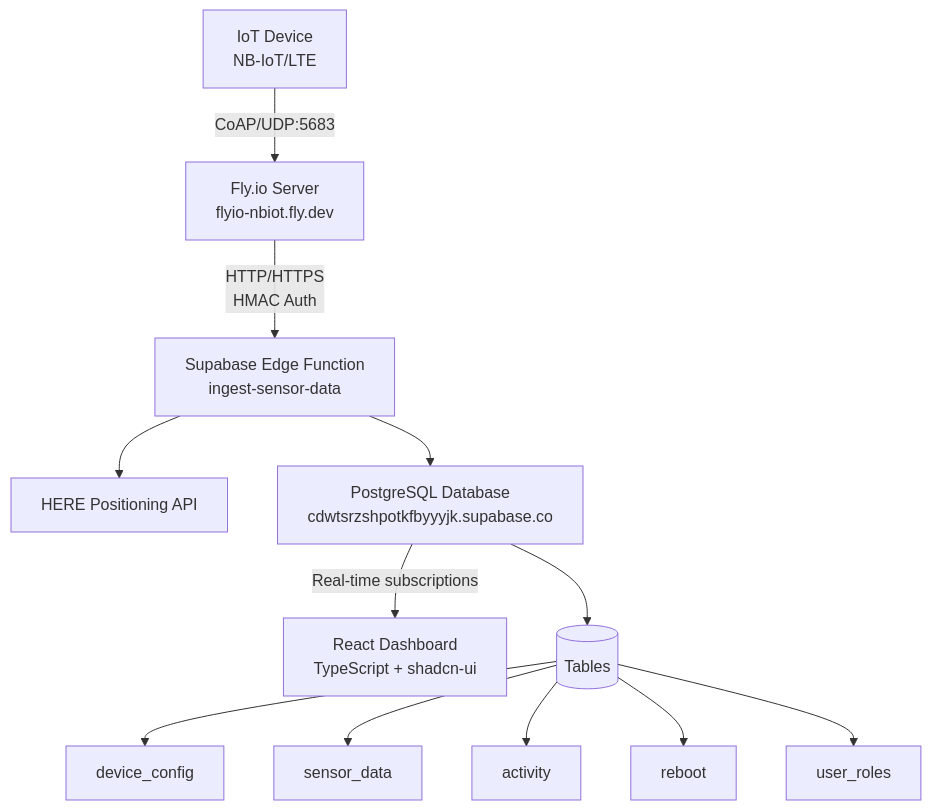
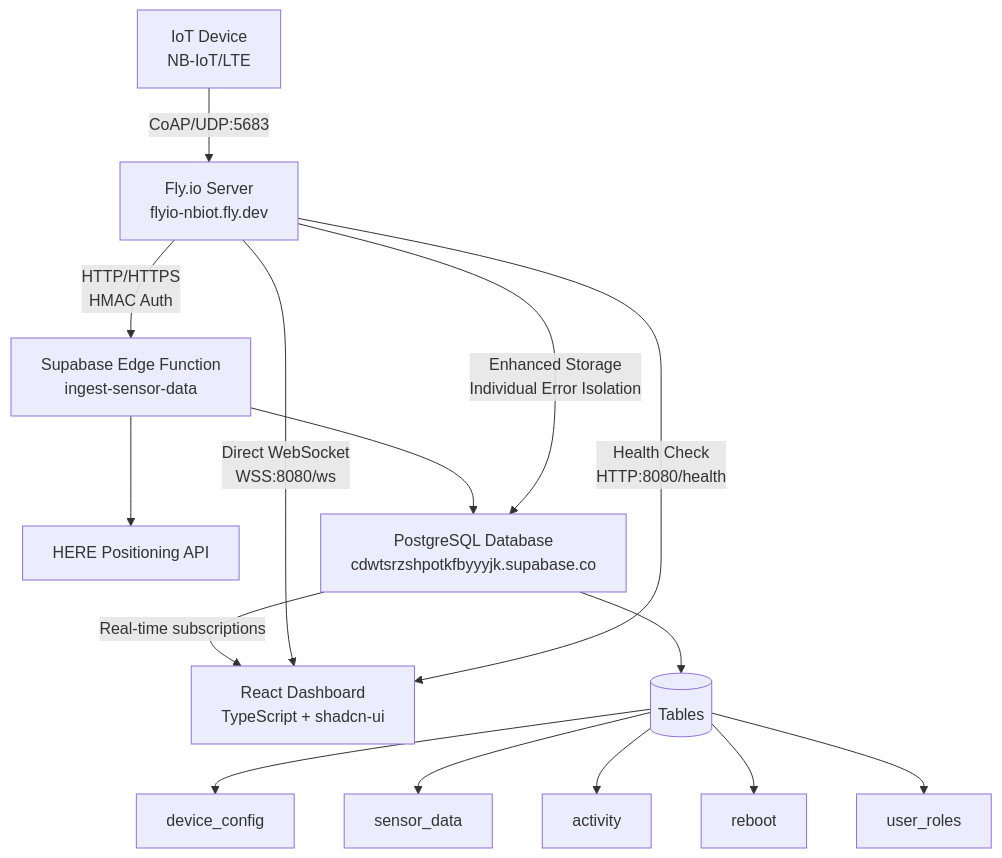
Before and after one commit to promillen/moc-docs: the first of 8 diagrams in pages/architecture/system-overview.mdx, drawn with Mermaid. The commit also changed other lines of this file and 3 other files, not shown here.

````diff
--- a/pages/architecture/system-overview.mdx
+++ b/pages/architecture/system-overview.mdx
@@ -7,16 +7,23 @@
 ```mermaid
 flowchart TD
     A[IoT Device<br/>NB-IoT/LTE] -->|CoAP/UDP:5683| B[Fly.io Server<br/>flyio-nbiot.fly.dev]
     B -->|HTTP/HTTPS<br/>HMAC Auth| C[Supabase Edge Function<br/>ingest-sensor-data]
     C --> D[HERE Positioning API]
     C --> E[PostgreSQL Database<br/>cdwtsrzshpotkfbyyyjk.supabase.co]
     E -->|Real-time subscriptions| F[React Dashboard<br/>TypeScript + shadcn-ui]
     
+    %% New WebSocket Live Logging (v2.0)
+    B -->|Direct WebSocket<br/>WSS:8080/ws| F
+    B -->|Health Check<br/>HTTP:8080/health| F
+    
     G[(Tables)]
     E --> G
     G --> H[device_config]
     G --> I[sensor_data] 
     G --> J[activity]
     G --> K[reboot]
     G --> L[user_roles]
+    
+    %% Enhanced Database Flow (v2.0)
+    B -->|Enhanced Storage<br/>Individual Error Isolation| E
 ```
````
